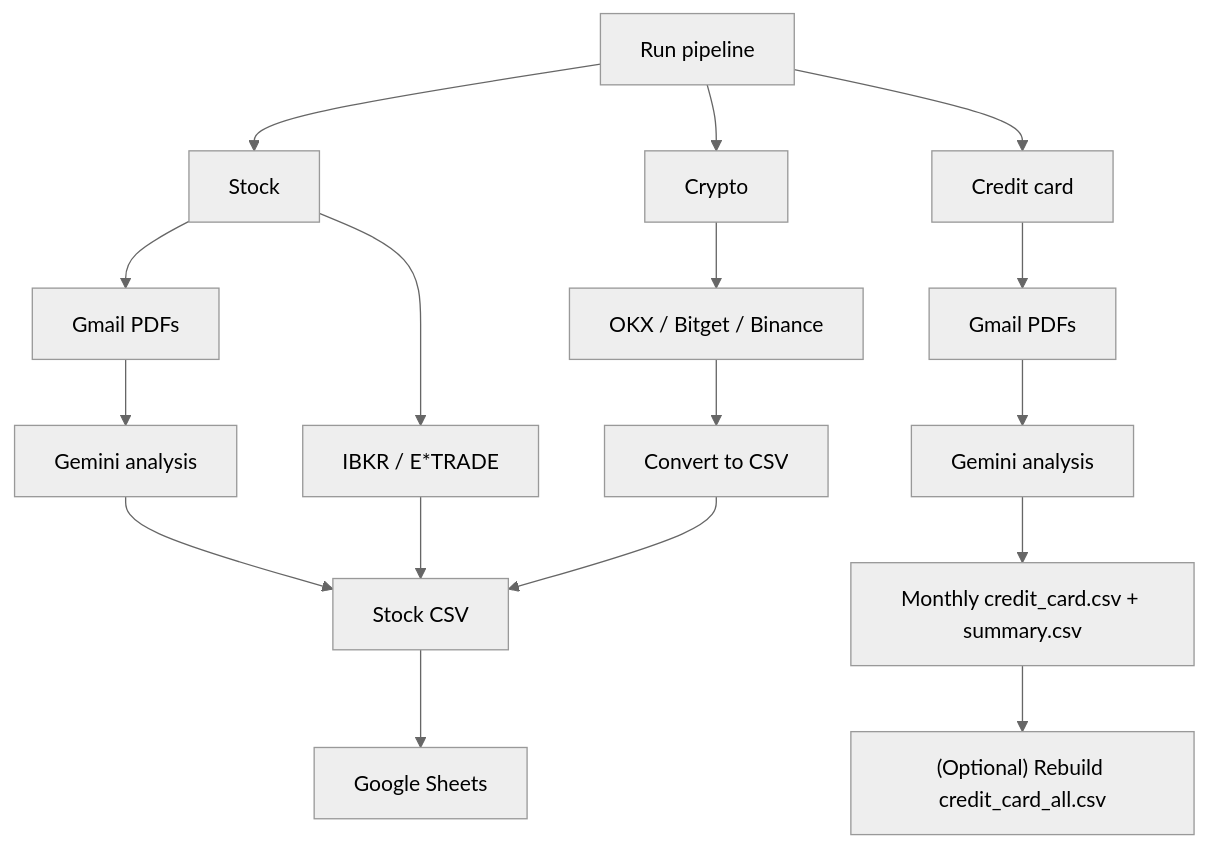
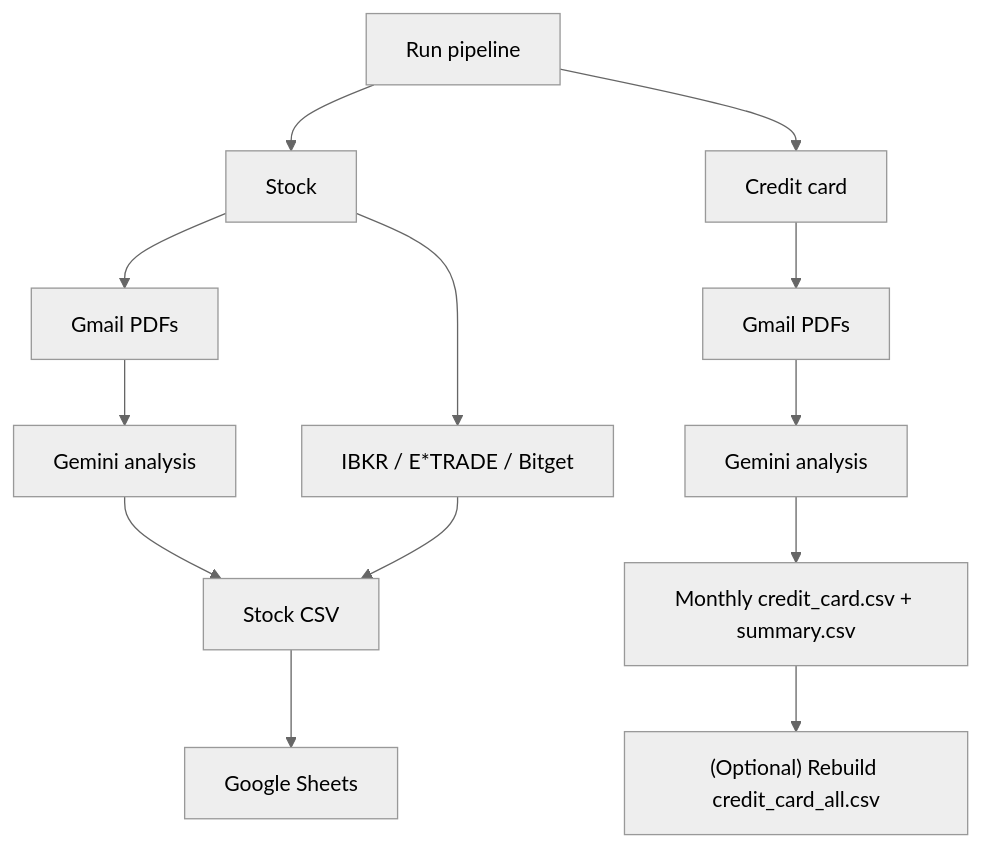
The diagram in readme.md (BoHsiang-W/Integrated-Asset), drawn with Mermaid (neutral theme) before and after one commit. The commit also changed other lines of this file and 9 other files, not shown here.

````diff
--- a/readme.md
+++ b/readme.md
@@ -17,22 +17,18 @@
 ```mermaid
 flowchart TD
     start["Run pipeline"] --> stock["Stock"]
     start --> card["Credit card"]
-    start --> crypto["Crypto"]
 
     stock --> stockPdf["Gmail PDFs"]
     stockPdf --> stockGemini["Gemini analysis"]
     stockGemini --> stockCsv["Stock CSV"]
-    stock --> brokers["IBKR / E*TRADE"]
+    stock --> brokers["IBKR / E*TRADE / Bitget"]
     brokers --> stockCsv
     stockCsv --> sheets["Google Sheets"]
 
     card --> cardPdf["Gmail PDFs"]
     cardPdf --> cardGemini["Gemini analysis"]
     cardGemini --> cardMonthly["Monthly credit_card.csv + summary.csv"]
     cardMonthly --> cardCsv["(Optional) Rebuild credit_card_all.csv"]
 
-    crypto --> exchanges["OKX / Bitget / Binance"]
-    exchanges --> cryptoCsv["Convert to CSV"]
-    cryptoCsv --> stockCsv
 ```
````
